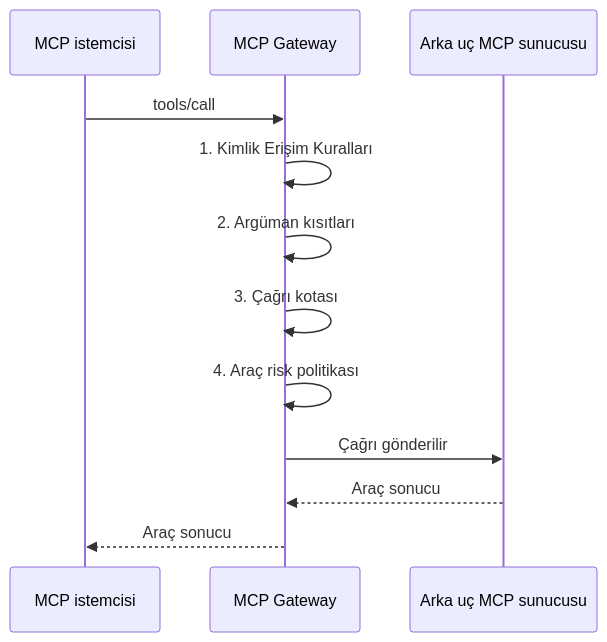
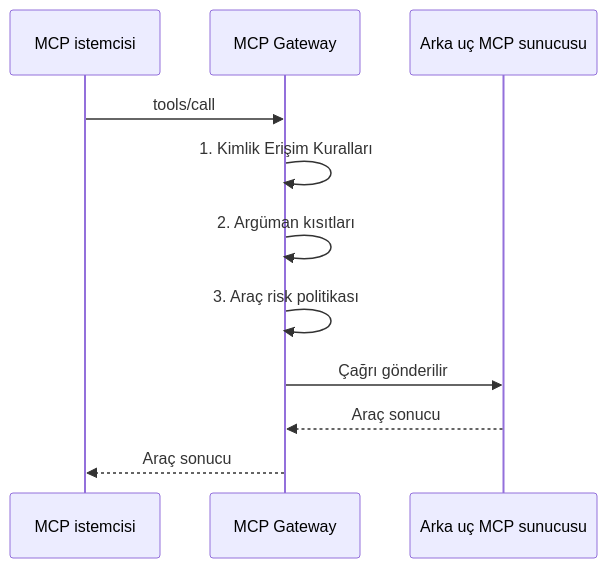
The diagram in tr/tutorials/ai-proxy-senaryolari/mcp-gateway-arac-yetkilendirme.mdx (apinizer/docs), drawn with Mermaid before and after one commit. The commit also changed other lines of this file and 13 other files, not shown here.

````diff
--- a/tr/tutorials/ai-proxy-senaryolari/mcp-gateway-arac-yetkilendirme.mdx
+++ b/tr/tutorials/ai-proxy-senaryolari/mcp-gateway-arac-yetkilendirme.mdx
@@ -21,14 +20,13 @@
 ```mermaid
 sequenceDiagram
     participant C as MCP istemcisi
     participant G as MCP Gateway
     participant B as Arka uç MCP sunucusu
     C->>G: tools/call
     G->>G: 1. Kimlik Erişim Kuralları
     G->>G: 2. Argüman kısıtları
-    G->>G: 3. Çağrı kotası
-    G->>G: 4. Araç risk politikası
+    G->>G: 3. Araç risk politikası
     G->>B: Çağrı gönderilir
     B-->>G: Araç sonucu
     G-->>C: Araç sonucu
 ```
````
